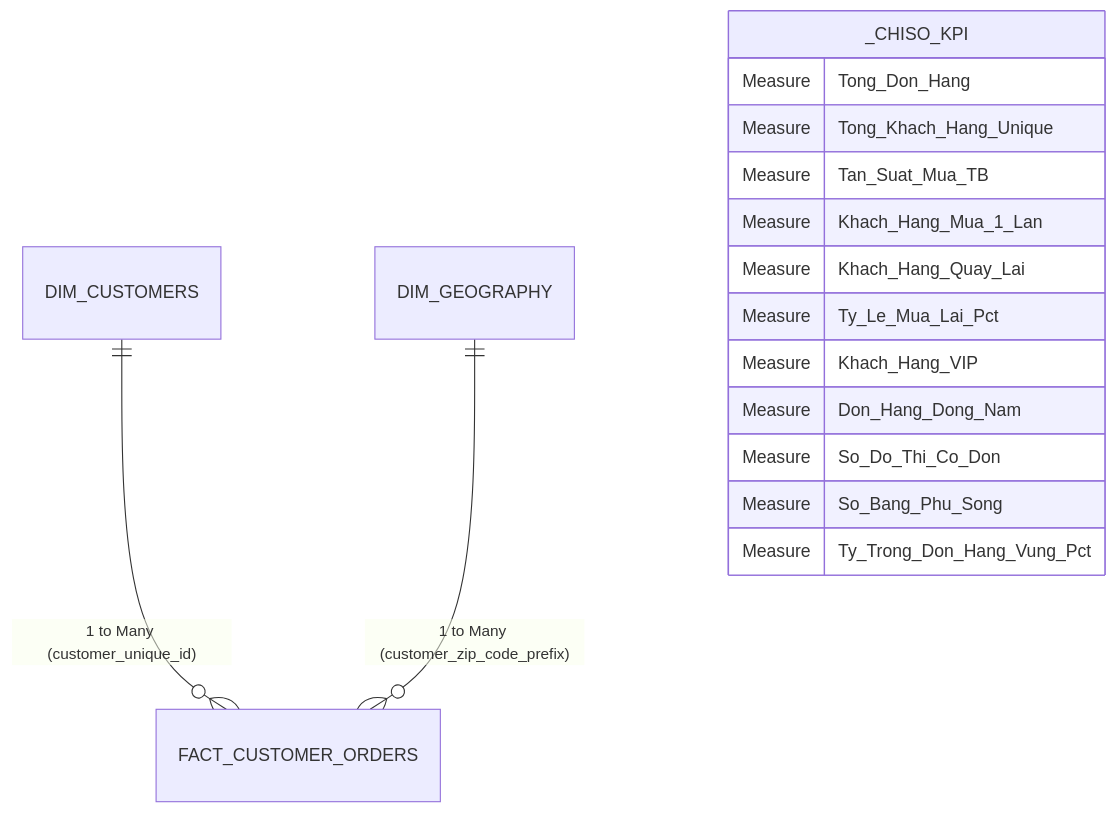
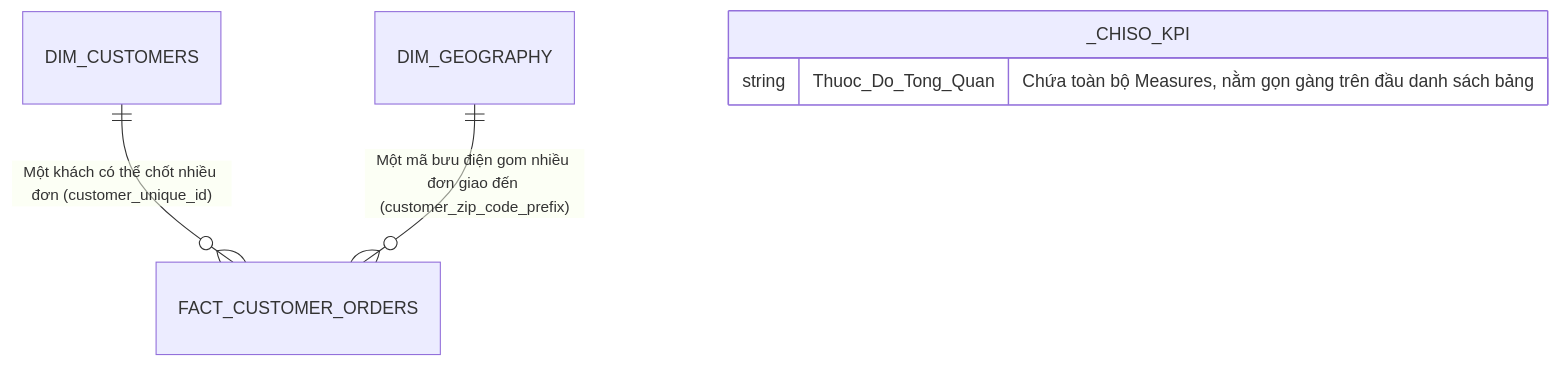
Before and after one commit to bnphongdata/Olist_Customers: the diagram in powerbi/dax_measures_dictionary.md, drawn with Mermaid. The commit also changed other lines of this file and 4 other files, not shown here.

````diff
--- a/powerbi/dax_measures_dictionary.md
+++ b/powerbi/dax_measures_dictionary.md
@@ -12,18 +13,8 @@
 ```mermaid
 erDiagram
-    DIM_CUSTOMERS ||--o{ FACT_CUSTOMER_ORDERS : "1 to Many (customer_unique_id)"
-    DIM_GEOGRAPHY ||--o{ FACT_CUSTOMER_ORDERS : "1 to Many (customer_zip_code_prefix)"
+    DIM_CUSTOMERS ||--o{ FACT_CUSTOMER_ORDERS : "Một khách có thể chốt nhiều đơn (customer_unique_id)"
+    DIM_GEOGRAPHY ||--o{ FACT_CUSTOMER_ORDERS : "Một mã bưu điện gom nhiều đơn giao đến (customer_zip_code_prefix)"
     _CHISO_KPI {
-        Measure Tong_Don_Hang
-        Measure Tong_Khach_Hang_Unique
-        Measure Tan_Suat_Mua_TB
-        Measure Khach_Hang_Mua_1_Lan
-        Measure Khach_Hang_Quay_Lai
-        Measure Ty_Le_Mua_Lai_Pct
-        Measure Khach_Hang_VIP
-        Measure Don_Hang_Dong_Nam
-        Measure So_Do_Thi_Co_Don
-        Measure So_Bang_Phu_Song
-        Measure Ty_Trong_Don_Hang_Vung_Pct
+        string Thuoc_Do_Tong_Quan "Chứa toàn bộ Measures, nằm gọn gàng trên đầu danh sách bảng"
     }
 ```
````
